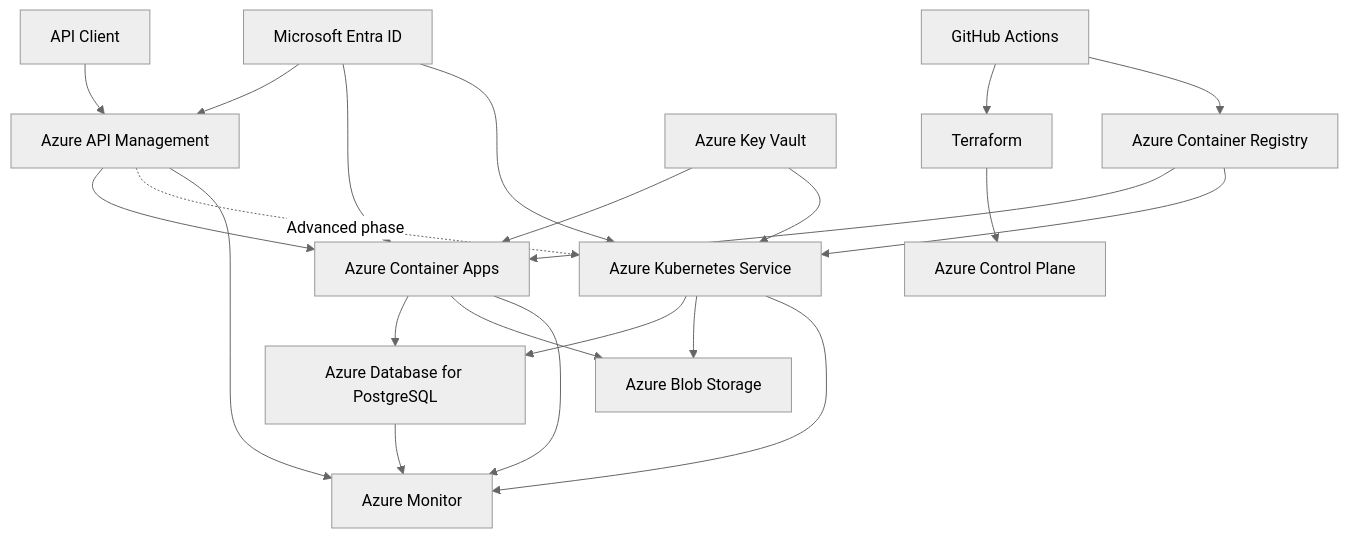
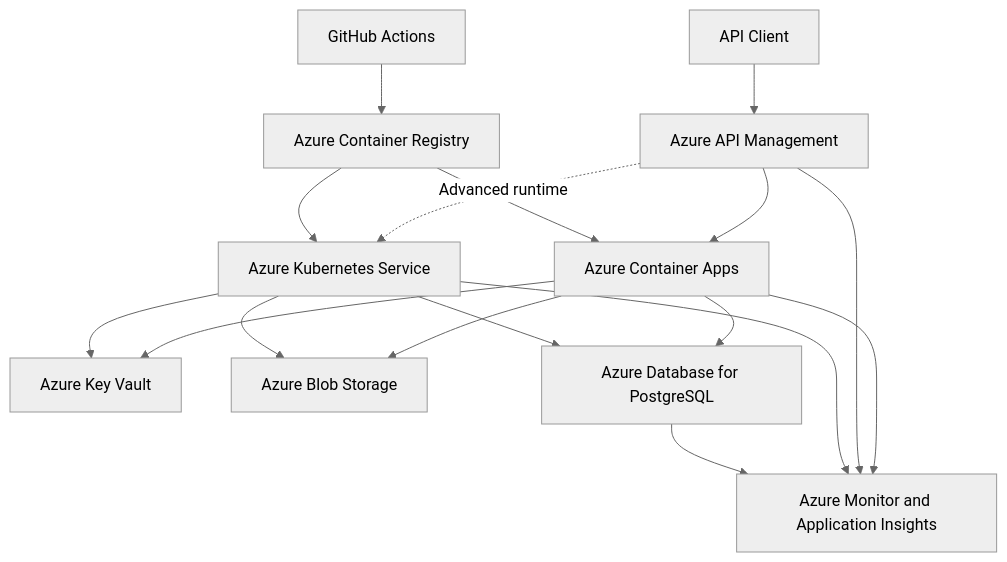
Before and after one commit to Morgein/azure-enterprise-platform-lab: the second of 3 diagrams in README.md, drawn with Mermaid (neutral theme). The commit also changed other lines of this file and 4 other files, not shown here.

Commit message:
docs: add continuous deployment evidence and update roadmap (#21)

````diff
--- a/README.md
+++ b/README.md
@@ -329,32 +250,24 @@
 ```mermaid
 flowchart TD
     Client["API Client"] --> APIM["Azure API Management"]
 
     APIM --> ACA["Azure Container Apps"]
-    APIM -. "Advanced phase" .-> AKS["Azure Kubernetes Service"]
+    APIM -. "Advanced runtime" .-> AKS["Azure Kubernetes Service"]
 
+    ACA --> KeyVault["Azure Key Vault"]
+    ACA --> Storage["Azure Blob Storage"]
     ACA --> PostgreSQL["Azure Database for PostgreSQL"]
+
+    AKS --> KeyVault
+    AKS --> Storage
     AKS --> PostgreSQL
 
-    ACA --> Storage["Azure Blob Storage"]
-    AKS --> Storage
-
-    GitHub["GitHub Actions"] --> Terraform["Terraform"]
-    Terraform --> Azure["Azure Control Plane"]
-
-    GitHub --> ACR["Azure Container Registry"]
+    GitHub["GitHub Actions"] --> ACR["Azure Container Registry"]
     ACR --> ACA
     ACR --> AKS
 
-    Entra["Microsoft Entra ID"] --> APIM
-    Entra --> ACA
-    Entra --> AKS
-
-    KeyVault["Azure Key Vault"] --> ACA
-    KeyVault --> AKS
-
-    APIM --> Monitor["Azure Monitor"]
-    ACA --> Monitor
+    ACA --> Monitor["Azure Monitor and Application Insights"]
+    APIM --> Monitor
     AKS --> Monitor
     PostgreSQL --> Monitor
 ```
````
